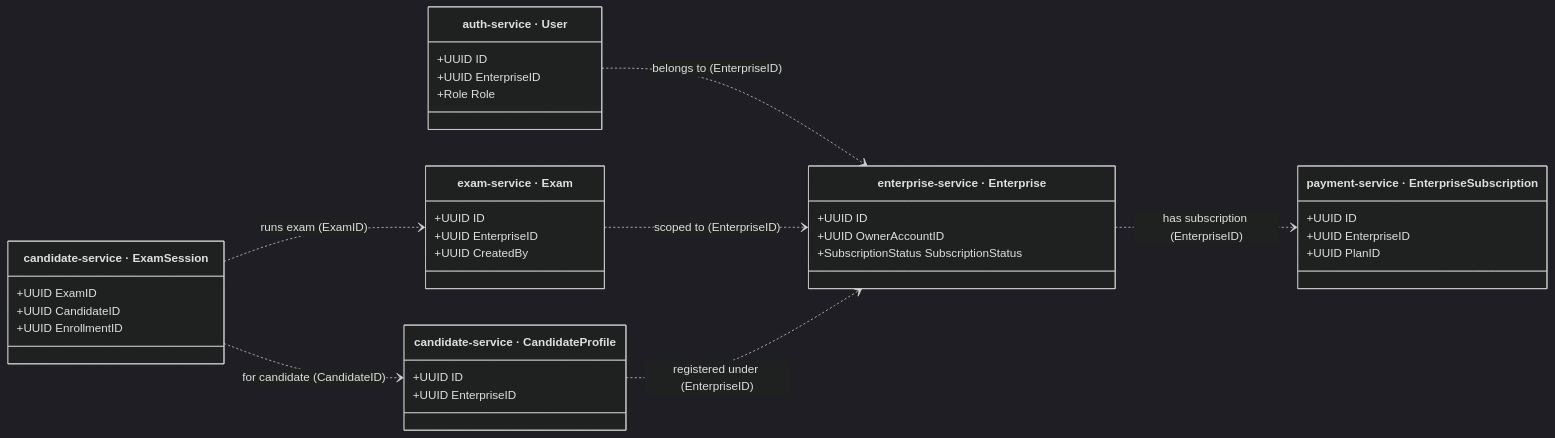
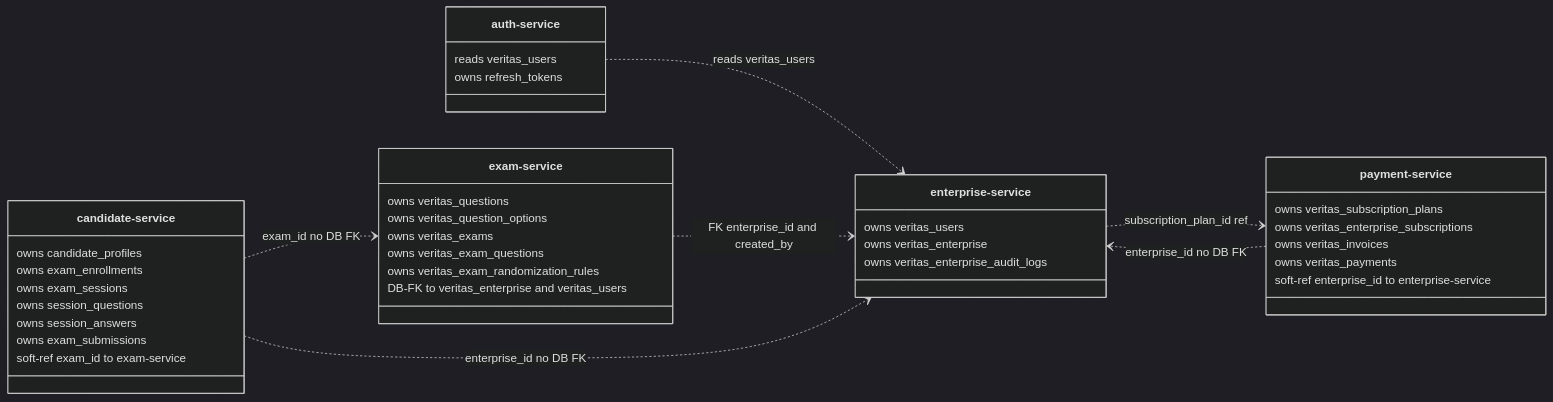
One commit to tamirat-dejene/veritas changed the sixth of 6 diagrams in docs/class_diagram.md. Above: the diagram before and after it, drawn with Mermaid (dark theme). The commit also changed other lines of this file, not shown here.

Commit message:
feat: Enhance class diagrams to include SQL schema details, table names, column types, constraints, and indexes.

````diff
--- a/docs/class_diagram.md
+++ b/docs/class_diagram.md
@@ -720,46 +737,49 @@
 ```mermaid
 classDiagram
     direction LR
 
-    class AuthUser["auth-service · User"] {
-        +UUID ID
-        +UUID EnterpriseID
-        +Role Role
+    class AuthService["auth-service"] {
+        reads veritas_users
+        owns refresh_tokens
     }
 
-    class EnterpriseService["enterprise-service · Enterprise"] {
-        +UUID ID
-        +UUID OwnerAccountID
-        +SubscriptionStatus SubscriptionStatus
+    class EnterpriseService["enterprise-service"] {
+        owns veritas_users
+        owns veritas_enterprise
+        owns veritas_enterprise_audit_logs
     }
 
-    class ExamService["exam-service · Exam"] {
-        +UUID ID
-        +UUID EnterpriseID
-        +UUID CreatedBy
+    class ExamService["exam-service"] {
+        owns veritas_questions
+        owns veritas_question_options
+        owns veritas_exams
+        owns veritas_exam_questions
+        owns veritas_exam_randomization_rules
+        DB-FK to veritas_enterprise and veritas_users
     }
 
-    class CandidateService["candidate-service · CandidateProfile"] {
-        +UUID ID
-        +UUID EnterpriseID
+    class CandidateService["candidate-service"] {
+        owns candidate_profiles
+        owns exam_enrollments
+        owns exam_sessions
+        owns session_questions
+        owns session_answers
+        owns exam_submissions
+        soft-ref exam_id to exam-service
     }
 
-    class PaymentService["payment-service · EnterpriseSubscription"] {
-        +UUID ID
-        +UUID EnterpriseID
-        +UUID PlanID
+    class PaymentService["payment-service"] {
+        owns veritas_subscription_plans
+        owns veritas_enterprise_subscriptions
+        owns veritas_invoices
+        owns veritas_payments
+        soft-ref enterprise_id to enterprise-service
     }
 
-    class SessionService["candidate-service · ExamSession"] {
-        +UUID ExamID
-        +UUID CandidateID
-        +UUID EnrollmentID
-    }
-
-    AuthUser ..> EnterpriseService : belongs to (EnterpriseID)
-    EnterpriseService ..> PaymentService : has subscription (EnterpriseID)
-    ExamService ..> EnterpriseService : scoped to (EnterpriseID)
-    CandidateService ..> EnterpriseService : registered under (EnterpriseID)
-    SessionService ..> ExamService : runs exam (ExamID)
-    SessionService ..> CandidateService : for candidate (CandidateID)
+    AuthService ..> EnterpriseService : reads veritas_users
+    ExamService ..> EnterpriseService : FK enterprise_id and created_by
+    CandidateService ..> EnterpriseService : enterprise_id no DB FK
+    CandidateService ..> ExamService : exam_id no DB FK
+    PaymentService ..> EnterpriseService : enterprise_id no DB FK
+    EnterpriseService ..> PaymentService : subscription_plan_id ref
 ```
````
